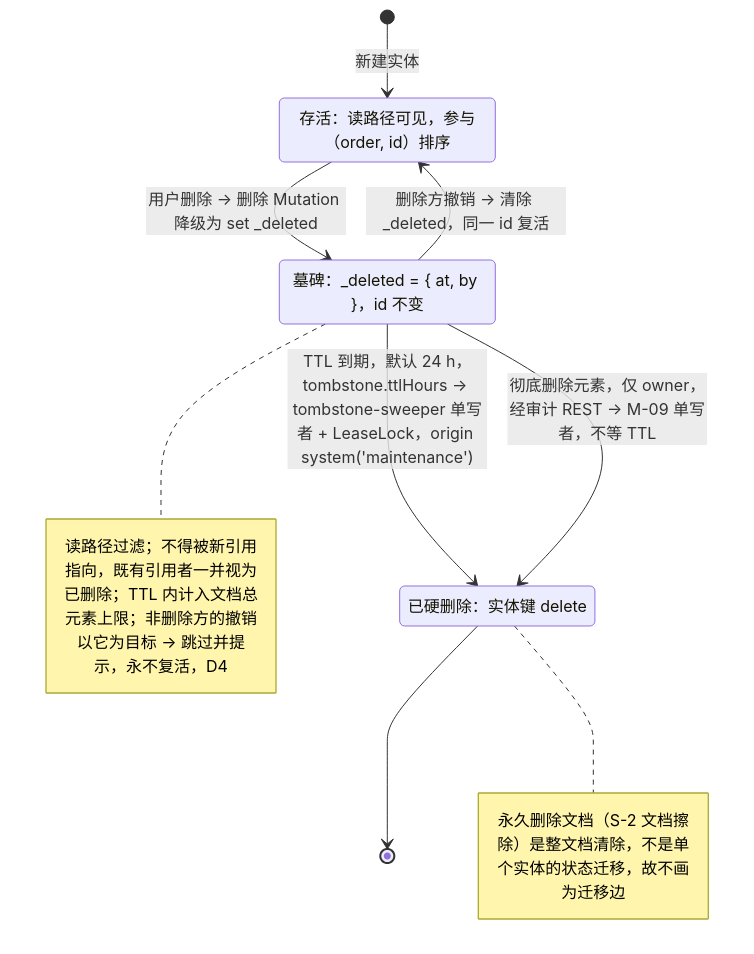
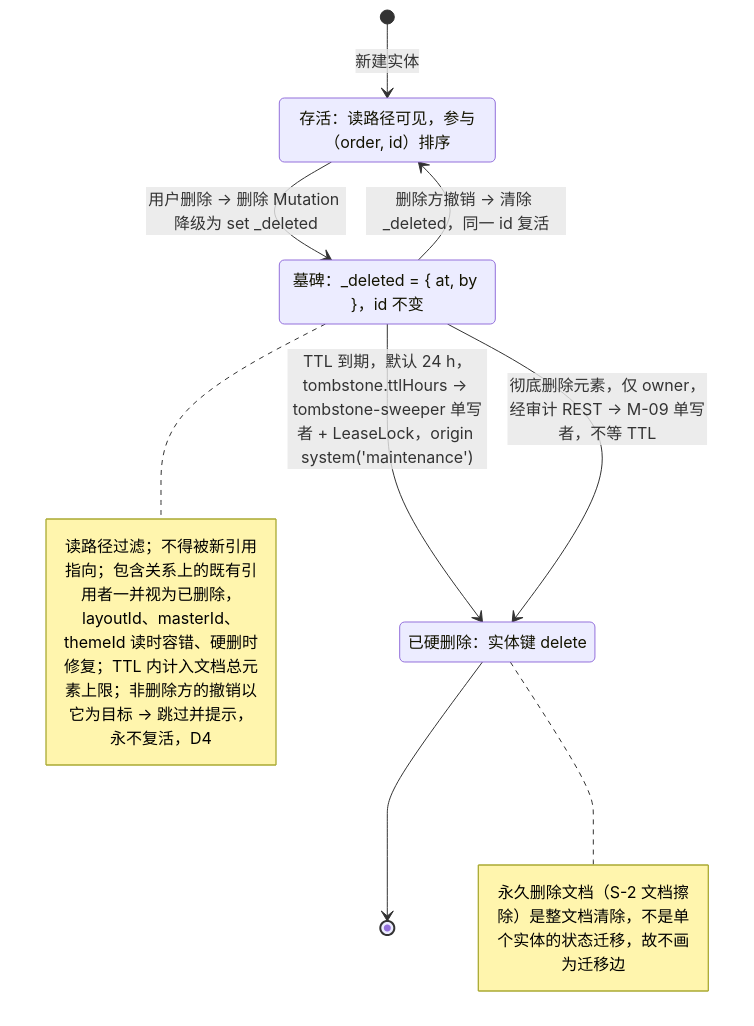
The fourth of 10 diagrams in docs/30-architecture/04-document-model.md (Xeonice/cordis-ppt-editor), drawn with Mermaid before and after one commit. The commit also changed other lines of this file and 59 other files, not shown here.

````diff
--- a/docs/30-architecture/04-document-model.md
+++ b/docs/30-architecture/04-document-model.md
@@ -337,14 +337,14 @@
 ```mermaid
 stateDiagram-v2
   state "存活：读路径可见，参与（order, id）排序" as live
   state "墓碑：_deleted = #123; at, by #125;，id 不变" as tomb
   state "已硬删除：实体键 delete" as purged
   [*] --> live: 新建实体
   live --> tomb: 用户删除 → 删除 Mutation 降级为 set _deleted
   tomb --> live: 删除方撤销 → 清除 _deleted，同一 id 复活
   tomb --> purged: TTL 到期，默认 24 h，tombstone.ttlHours → tombstone-sweeper 单写者 + LeaseLock，origin system#40;'maintenance'#41;
   tomb --> purged: 彻底删除元素，仅 owner，经审计 REST → M-09 单写者，不等 TTL
   purged --> [*]
-  note right of tomb: 读路径过滤；不得被新引用指向，既有引用者一并视为已删除；TTL 内计入文档总元素上限；非删除方的撤销以它为目标 → 跳过并提示，永不复活，D4
+  note right of tomb: 读路径过滤；不得被新引用指向；包含关系上的既有引用者一并视为已删除，layoutId、masterId、themeId 读时容错、硬删时修复；TTL 内计入文档总元素上限；非删除方的撤销以它为目标 → 跳过并提示，永不复活，D4
   note right of purged: 永久删除文档（S-2 文档擦除）是整文档清除，不是单个实体的状态迁移，故不画为迁移边
 ```
````
